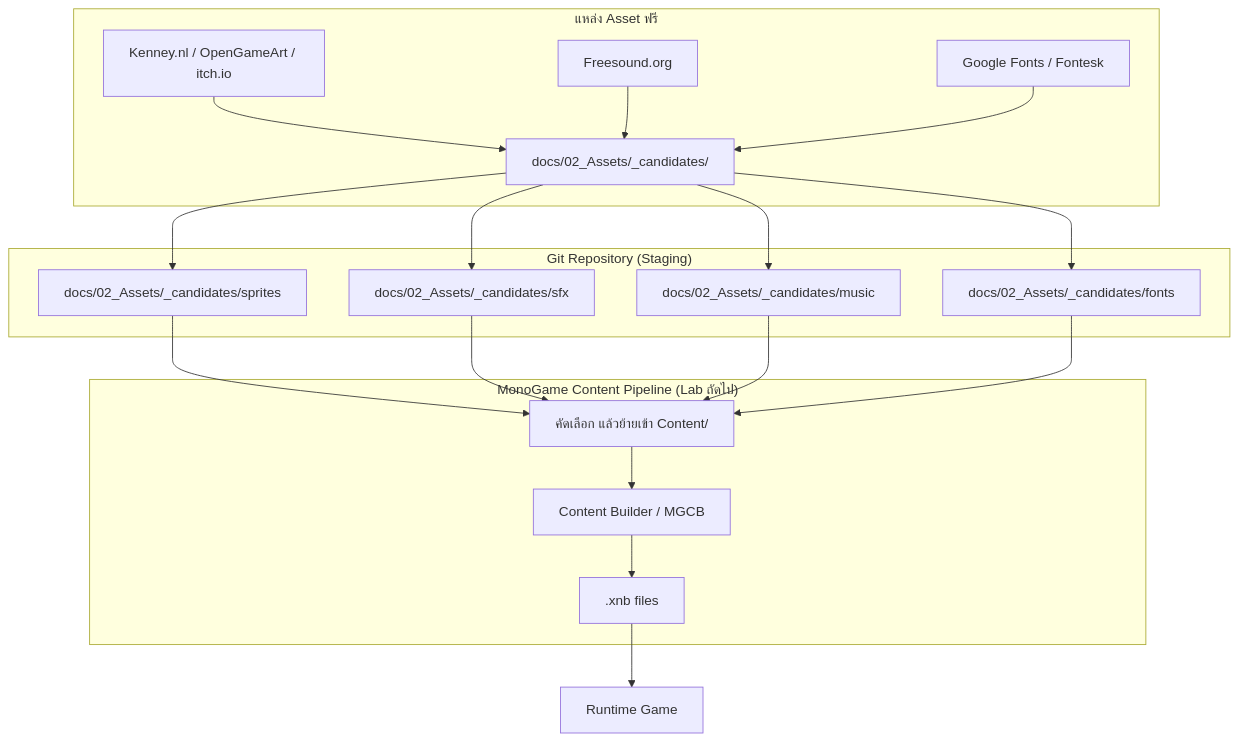
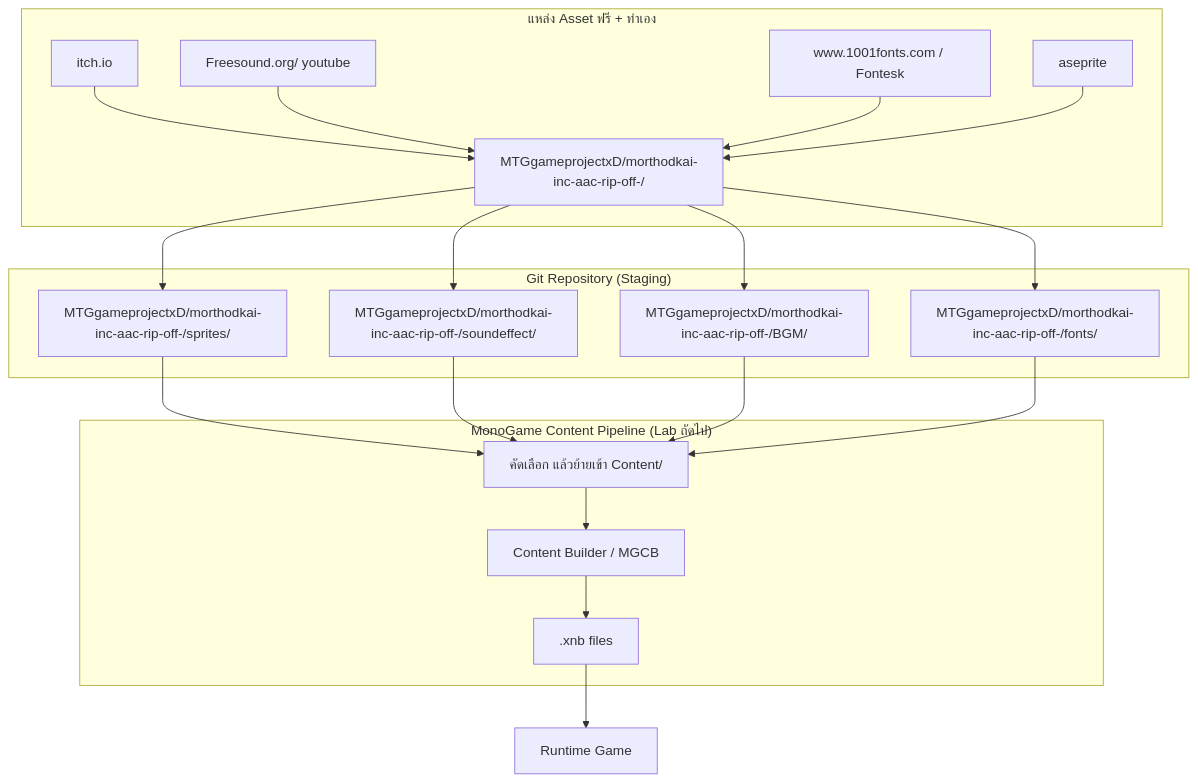
Before and after one commit to rastrelligr/morthodkai-inc-aac-rip-off-: the diagram in 05-asset-list-pipeline-flow.md, drawn with Mermaid. The commit also changed 64 other files, not shown here.

````diff
--- a/05-asset-list-pipeline-flow.md
+++ b/05-asset-list-pipeline-flow.md
@@ -3,26 +3,27 @@
 ```mermaid
 flowchart TD
-    subgraph SOURCES["แหล่ง Asset ฟรี"]
-        K1[Kenney.nl / OpenGameArt / itch.io] --> C1[docs/02_Assets/_candidates/]
-        K2[Freesound.org] --> C1
-        K3[Google Fonts / Fontesk] --> C1
+    subgraph SOURCES["แหล่ง Asset ฟรี + ทำเอง"]
+        K1[itch.io] --> C1[MTGgameprojectxD/morthodkai-inc-aac-rip-off-/]
+        K2[Freesound.org/ youtube] --> C1
+        K3[www.1001fonts.com / Fontesk] --> C1
+	K4[aseprite] --> C1
     end
 
     subgraph REPO["Git Repository (Staging)"]
-        C1 --> R1[docs/02_Assets/_candidates/sprites]
-        C1 --> R2[docs/02_Assets/_candidates/sfx]
-        C1 --> R3[docs/02_Assets/_candidates/music]
-        C1 --> R4[docs/02_Assets/_candidates/fonts]
+        C1 --> R1[MTGgameprojectxD/morthodkai-inc-aac-rip-off-/sprites/]
+        C1 --> R2[MTGgameprojectxD/morthodkai-inc-aac-rip-off-/soundeffect/]
+        C1 --> R3[MTGgameprojectxD/morthodkai-inc-aac-rip-off-/BGM/]
+        C1 --> R4[MTGgameprojectxD/morthodkai-inc-aac-rip-off-/fonts/]
     end
 
     subgraph PIPELINE["MonoGame Content Pipeline (Lab ถัดไป)"]
         R1 --> CP[คัดเลือก แล้วย้ายเข้า Content/]
         R2 --> CP
         R3 --> CP
         R4 --> CP
         CP --> P1[Content Builder / MGCB]
         P1 --> XNB[.xnb files]
     end
 
     XNB --> GAME[Runtime Game]
 ```
````
